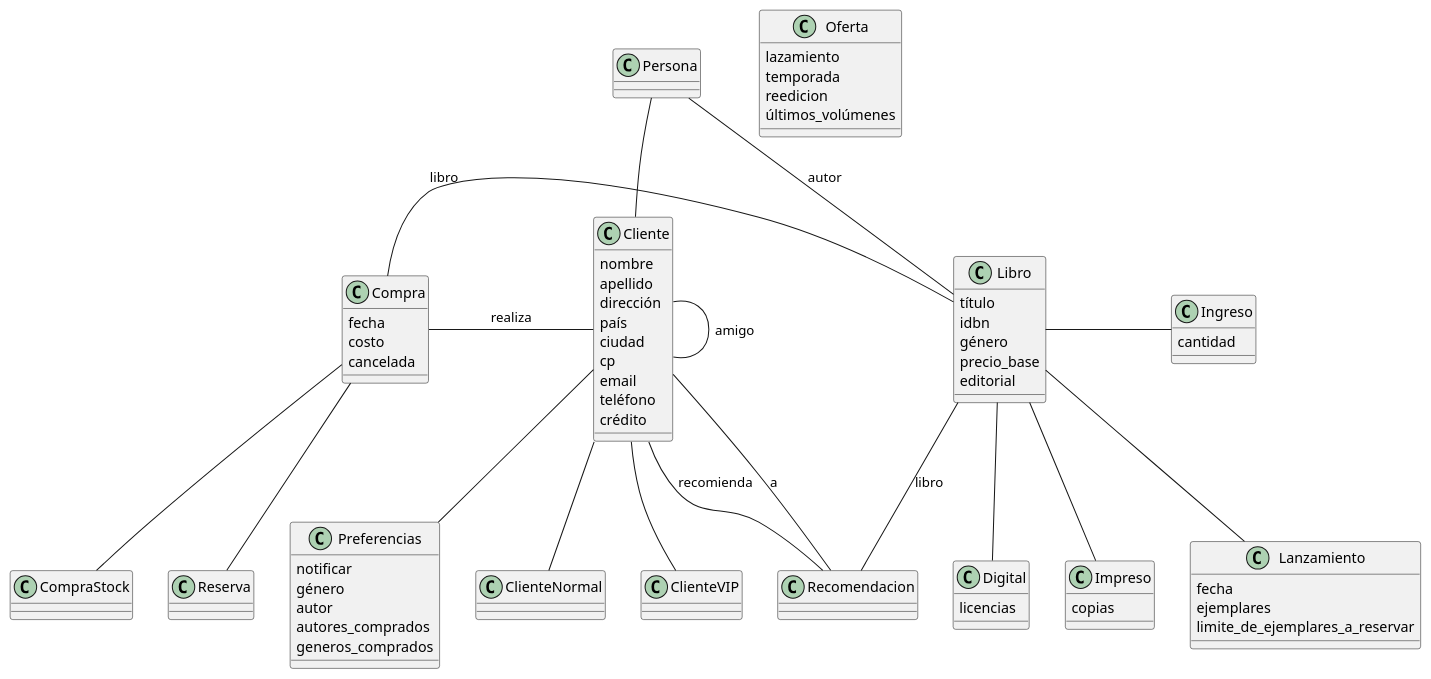
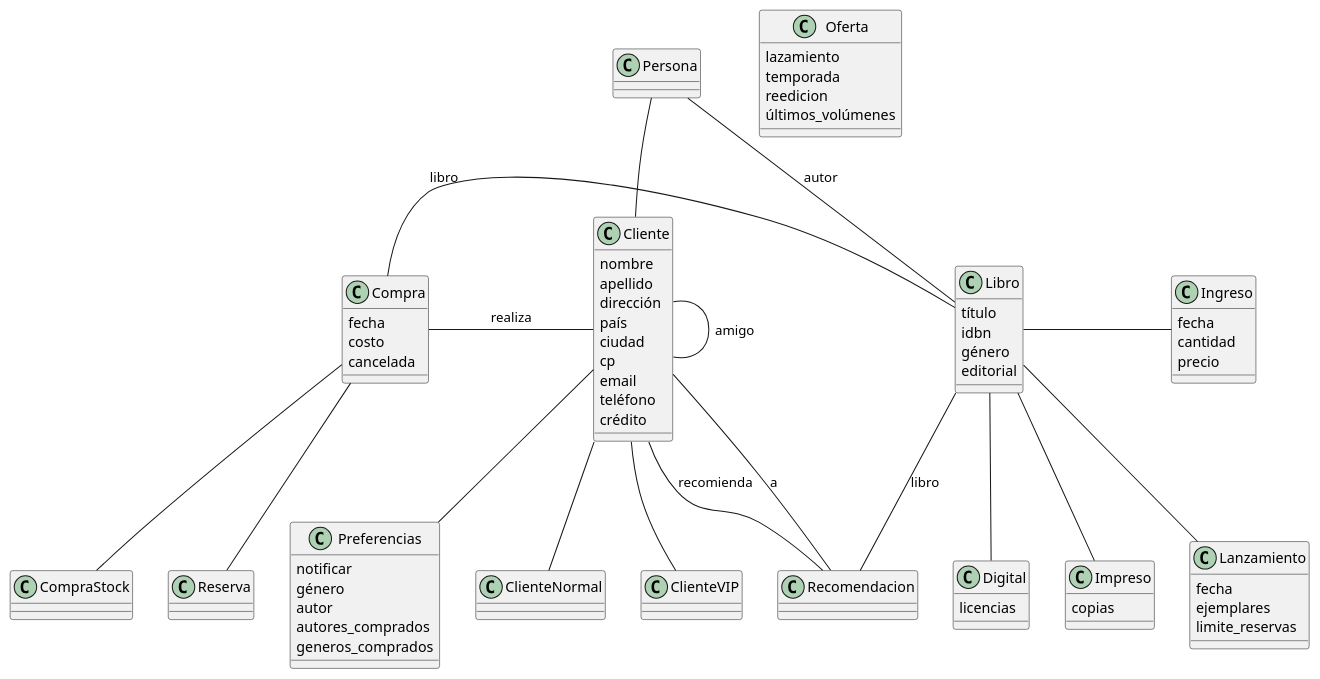
Before and after one commit to pablodanielrey/dsbm: the diagram in tp1/modelo-de-dominio.plantuml, drawn with PlantUML.

Commit message:
agregpo alguna modificacion

```diff
--- a/tp1/modelo-de-dominio.plantuml
+++ b/tp1/modelo-de-dominio.plantuml
@@ -1,98 +1,99 @@
 @startuml
 
 together {
     class Persona
     class Cliente {
         nombre
         apellido
         dirección
         país
         ciudad
         cp
         email
         teléfono
         crédito
     }
     class ClienteNormal
     Class ClienteVIP
 }
 
 class Preferencias {
     notificar
     género
     autor
     autores_comprados
     generos_comprados
 }
 
 together {
     class Libro {
         título
         idbn
         género
-        precio_base
         editorial
     }
     class Digital {
         licencias
     }
     class Impreso {
         copias
     }
 }
 
 
 class Lanzamiento {
     fecha
     ejemplares
-    limite_de_ejemplares_a_reservar
+    limite_reservas
 }
 
 class Compra {
     fecha
     costo
     cancelada
 }
 class CompraStock {
 }
 class Reserva {
 }
 
 
 class Ingreso {
+    fecha
     cantidad
+    precio
 }
 
 class Oferta {
     lazamiento
     temporada
     reedicion
     últimos_volúmenes
 }
 
 class Recomendacion
 
 Compra - Libro : libro
 Compra -d- CompraStock
 Compra -d- Reserva
 
 
 Libro -- Persona : autor
 Persona -d- Cliente
 Cliente -d- ClienteNormal
 Cliente -d- ClienteVIP
 
 Cliente -l- Compra : realiza
 Cliente -d- Preferencias
 Cliente - Cliente : amigo
 Cliente -d- Recomendacion : recomienda
 Cliente -d- Recomendacion : a
 Recomendacion - Libro : libro
 
 Libro -d- Digital
 Libro -d- Impreso
 Libro -d- Lanzamiento
 Libro - Ingreso
 
 
 @enduml
```
